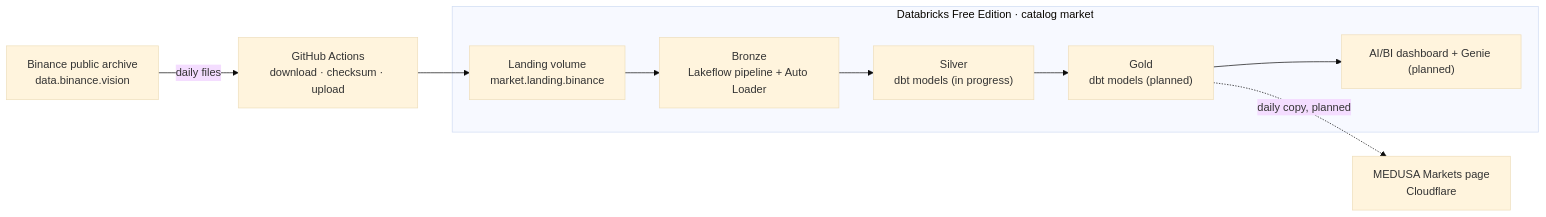
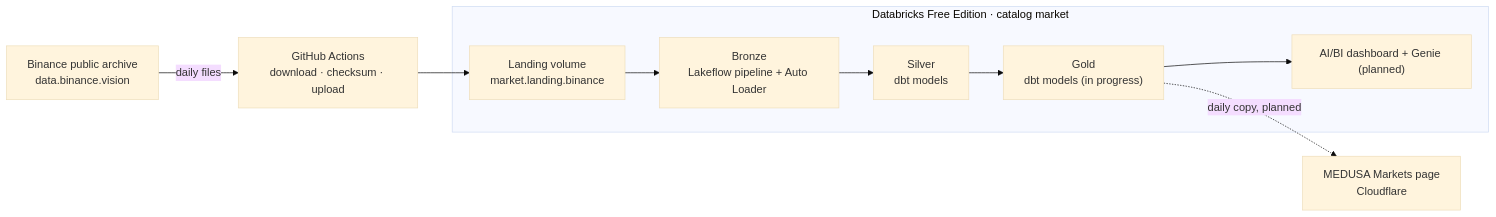
Before and after one commit to shivam65-sketch/medusa: the diagram in lakehouse/README.md, drawn with Mermaid (base theme). The commit also changed other lines of this file and 4 other files, not shown here.

````diff
--- a/lakehouse/README.md
+++ b/lakehouse/README.md
@@ -12,12 +12,12 @@
 ```mermaid
 flowchart LR
   A["Binance public archive<br>data.binance.vision"] -->|daily files| B["GitHub Actions<br>download · checksum · upload"]
   B --> C["Landing volume<br>market.landing.binance"]
   subgraph D["Databricks Free Edition · catalog market"]
     C --> E["Bronze<br>Lakeflow pipeline + Auto Loader"]
-    E --> F["Silver<br>dbt models (in progress)"]
-    F --> G["Gold<br>dbt models (planned)"]
+    E --> F["Silver<br>dbt models"]
+    F --> G["Gold<br>dbt models (in progress)"]
     G --> H["AI/BI dashboard + Genie (planned)"]
   end
   G -.->|daily copy, planned| I["MEDUSA Markets page<br>Cloudflare"]
 ```
````
